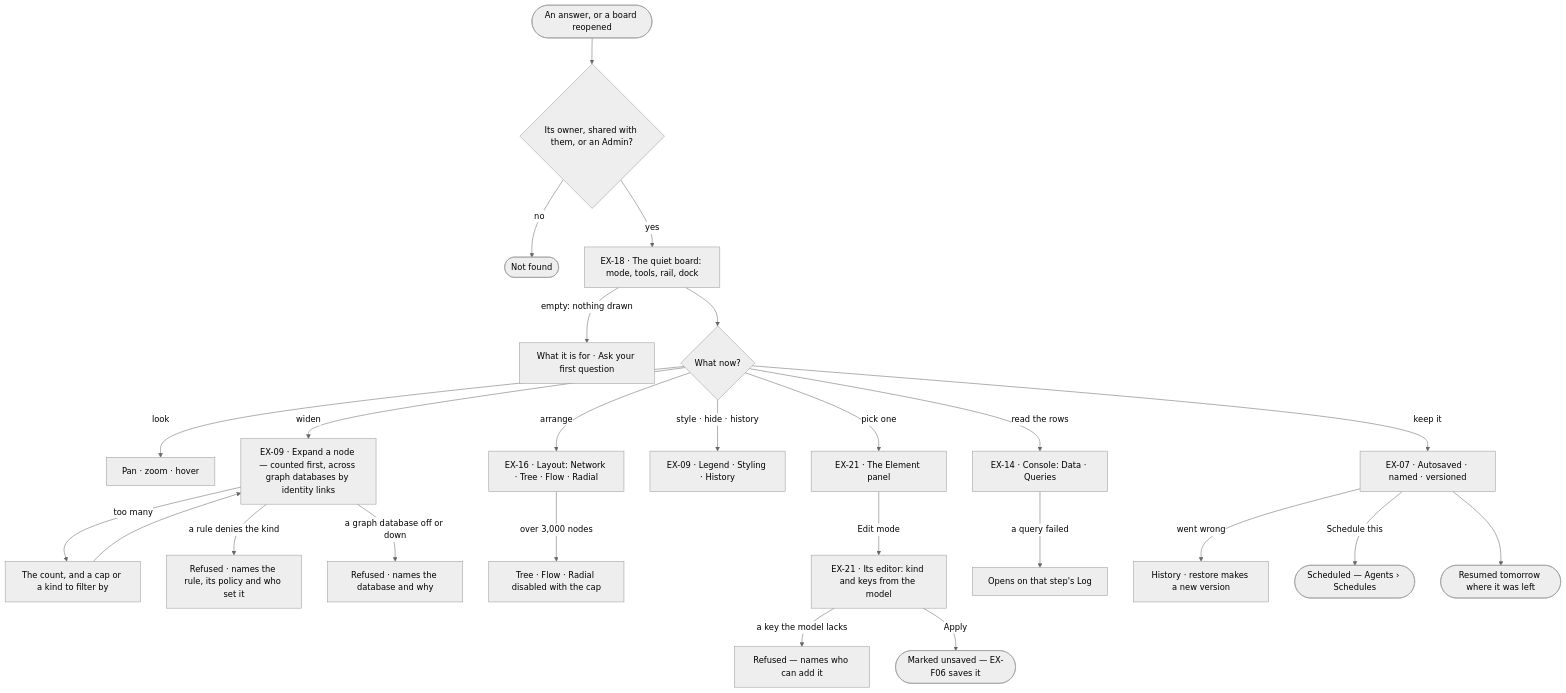
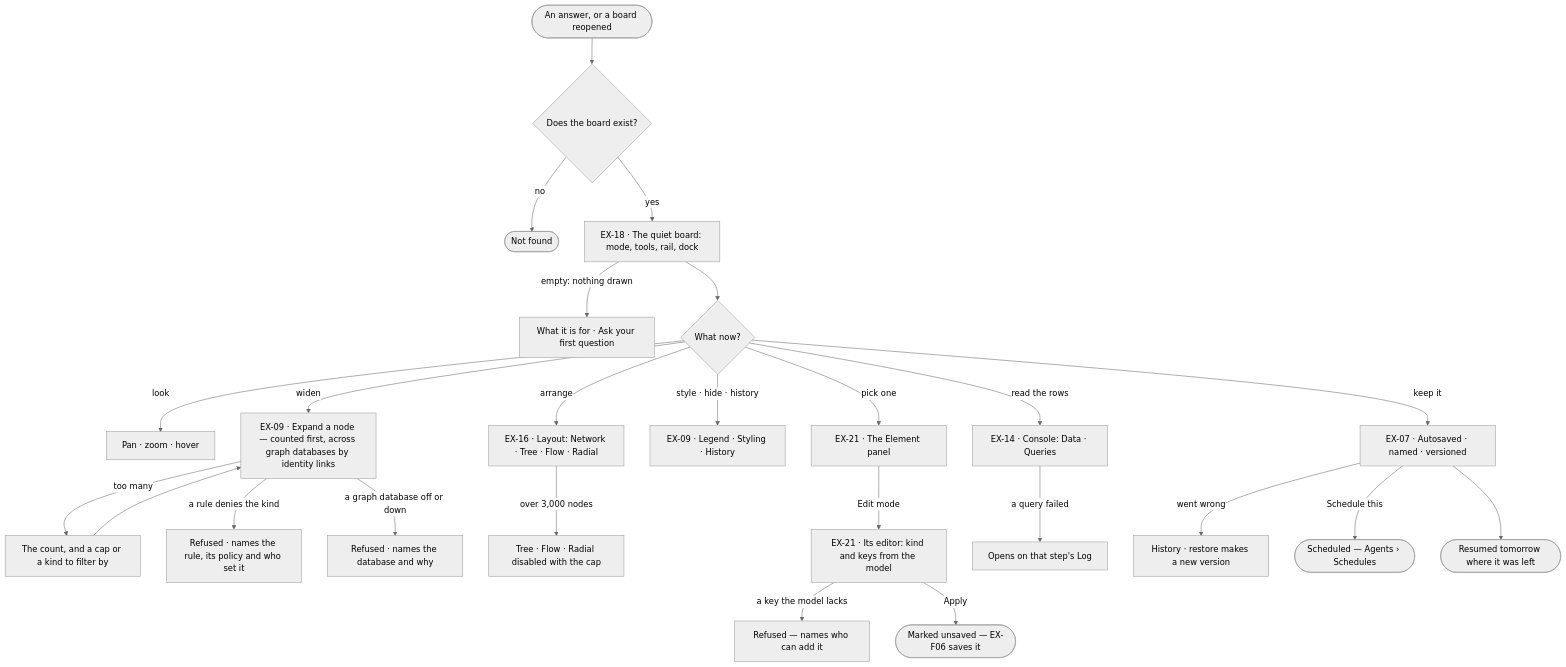
The first of 2 diagrams in specs/capabilities/explore/features/EX-F01-the-board-and-its-canvas/feature.md (invana/invana), drawn with Mermaid (neutral theme) before and after one commit. The commit also changed other lines of this file and 300 other files, not shown here.

````diff
--- a/specs/capabilities/explore/features/EX-F01-the-board-and-its-canvas/feature.md
+++ b/specs/capabilities/explore/features/EX-F01-the-board-and-its-canvas/feature.md
@@ -23,26 +23,26 @@
 ```mermaid
 flowchart TD
-  start([An answer, or a board reopened]) --> own{"Its owner, shared with them, or an Admin?"}
+  start([An answer, or a board reopened]) --> own{"Does the board exist?"}
   own -->|no| nf(["Not found"])
   own -->|yes| b["EX-18 · The quiet board: mode, tools, rail, dock"]
   b -->|empty: nothing drawn| e0["What it is for · Ask your first question"]
   b --> d{What now?}
   d -->|look| look["Pan · zoom · hover"]
   d -->|widen| ex["EX-09 · Expand a node — counted first, across graph databases by identity links"]
   ex -->|too many| cap["The count, and a cap or a kind to filter by"] --> ex
   ex -->|a rule denies the kind| rf["Refused · names the rule, its policy and who set it"]
   ex -->|a graph database off or down| off["Refused · names the database and why"]
   d -->|arrange| lay["EX-16 · Layout: Network · Tree · Flow · Radial"]
   lay -->|over 3,000 nodes| big["Tree · Flow · Radial disabled with the cap"]
   d -->|style · hide · history| tools["EX-09 · Legend · Styling · History"]
   d -->|pick one| el["EX-21 · The Element panel"]
   el -->|Edit mode| edit["EX-21 · Its editor: kind and keys from the model"]
   edit -->|a key the model lacks| kr["Refused — names who can add it"]
   edit -->|Apply| unsaved(["Marked unsaved — EX-F06 saves it"])
   d -->|read the rows| con["EX-14 · Console: Data · Queries"]
   con -->|a query failed| log["Opens on that step's Log"]
   d -->|keep it| keep["EX-07 · Autosaved · named · versioned"]
   keep -->|went wrong| hist["History · restore makes a new version"]
   keep -->|Schedule this| sched(["Scheduled — Agents › Schedules"])
   keep --> done([Resumed tomorrow where it was left])
 ```
````
